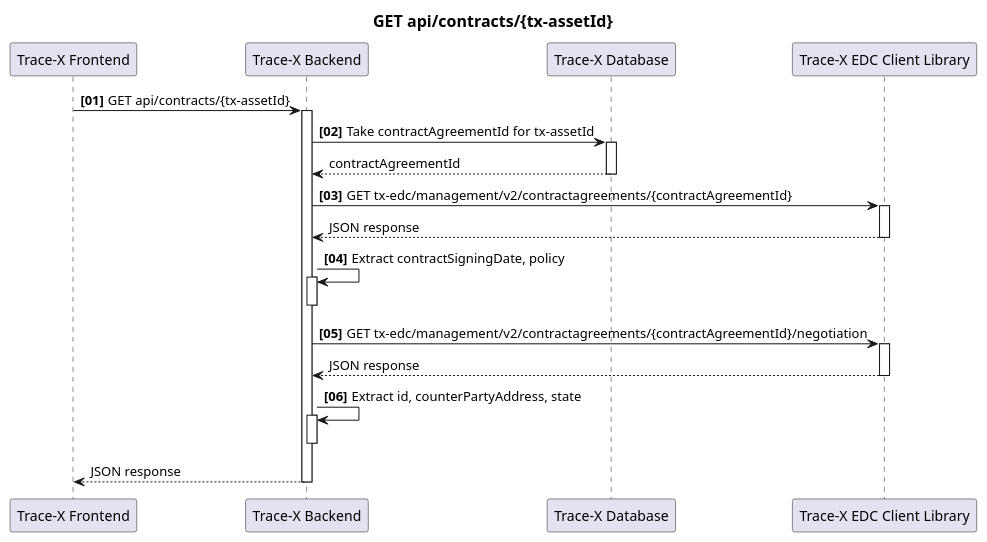
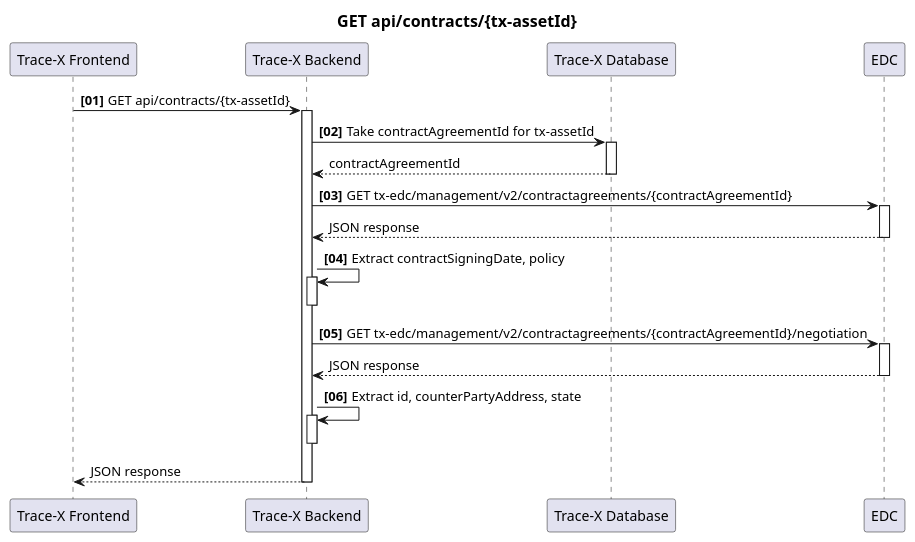
One commit to eclipse-tractusx/traceability-foss changed the diagram in docs/concept/#638-contractagreement-admin-view/get-contract-sequenceflow.puml. Above: the diagram before and after it, drawn with PlantUML. The commit also changed 3 other files, not shown here.

```diff
--- a/docs/concept/#638-contractagreement-admin-view/get-contract-sequenceflow.puml
+++ b/docs/concept/#638-contractagreement-admin-view/get-contract-sequenceflow.puml
@@ -1,47 +1,47 @@
 @startuml
 title
     ==GET api/contracts/{tx-assetId}
 end title
 
 autonumber "<B>[00]"
 
 participant "Trace-X Frontend" as FE order 0
 participant "Trace-X Backend" as BE order 1
 participant "Trace-X Database" as DB order 2
-participant "Trace-X EDC Client Library" as TXEDC order 3
+participant "EDC" as TXEDC order 3
 
 FE -> BE: GET api/contracts/{tx-assetId}
 
 activate BE
 BE -> DB: Take contractAgreementId for tx-assetId
 activate DB
 autonumber stop
 DB --> BE: contractAgreementId
 autonumber resume
 deactivate DB
 
 BE -> TXEDC: GET tx-edc/management/v2/contractagreements/{contractAgreementId}
 activate TXEDC
 autonumber stop
 TXEDC --> BE: JSON response
 autonumber resume
 deactivate TXEDC
 BE -> BE: Extract contractSigningDate, policy
 activate BE
 deactivate BE
 
 BE -> TXEDC: GET tx-edc/management/v2/contractagreements/{contractAgreementId}/negotiation
 activate TXEDC
 autonumber stop
 TXEDC --> BE: JSON response
 autonumber resume
 deactivate TXEDC
 BE -> BE: Extract id, counterPartyAddress, state
 activate BE
 deactivate BE
 
 autonumber stop
 BE --> FE: JSON response
 deactivate BE
 
 @enduml
```
